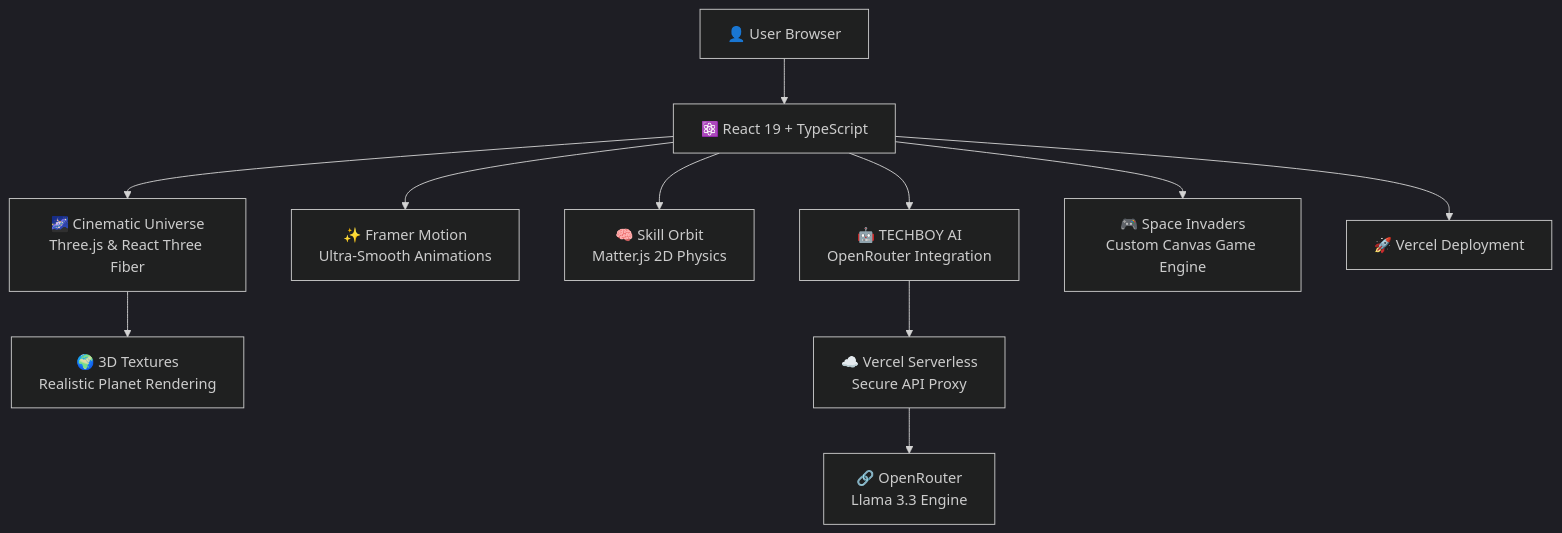
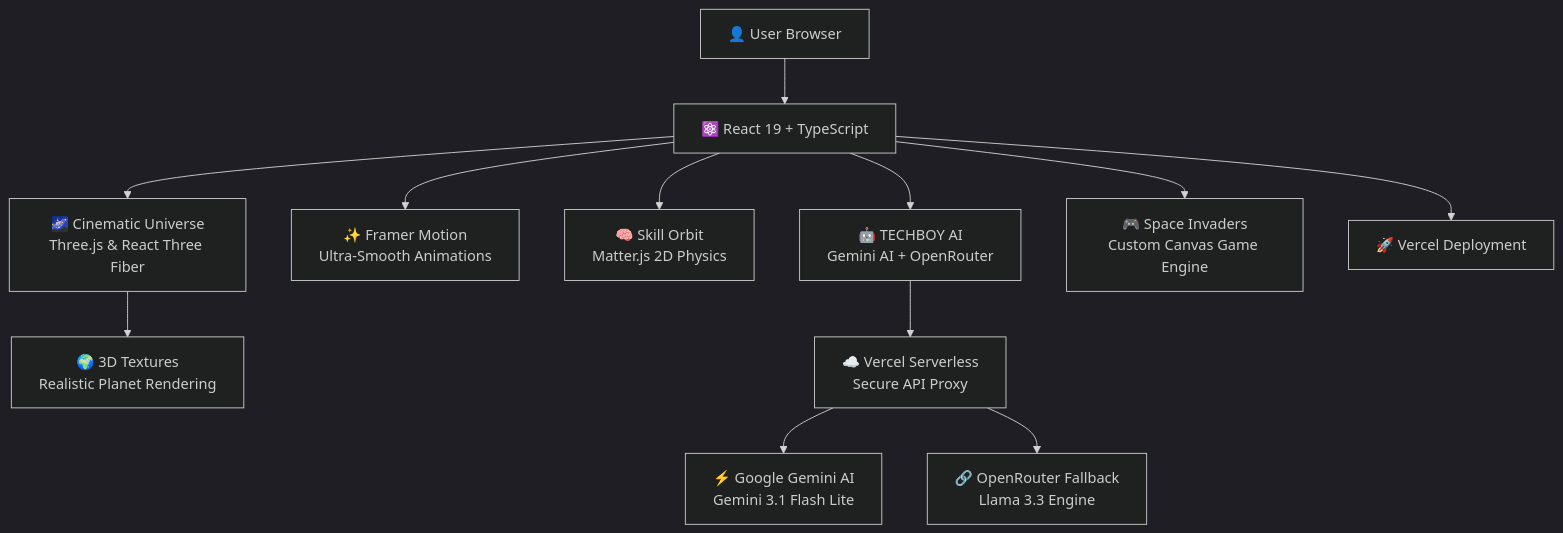
The diagram in README.md (chimataraghuram/PORTFOLIO), drawn with Mermaid (dark theme) before and after one commit. The commit also changed other lines of this file, not shown here.

Commit message:
docs: update README with Gemini AI integration and upgraded arcade engine mechanics

````diff
--- a/README.md
+++ b/README.md
@@ -103,13 +103,14 @@
 ```mermaid
 flowchart TD
     A[👤 User Browser] --> B[⚛️ React 19 + TypeScript]
     B --> C[🌌 Cinematic Universe\nThree.js & React Three Fiber]
     B --> D[✨ Framer Motion\nUltra-Smooth Animations]
     B --> E[🧠 Skill Orbit\nMatter.js 2D Physics]
-    B --> F[🤖 TECHBOY AI\nOpenRouter Integration]
+    B --> F[🤖 TECHBOY AI\nGemini AI + OpenRouter]
     B --> G[🎮 Space Invaders\nCustom Canvas Game Engine]
     C --> H[🌍 3D Textures\nRealistic Planet Rendering]
     F --> I[☁️ Vercel Serverless\nSecure API Proxy]
-    I --> J[🔗 OpenRouter\nLlama 3.3 Engine]
-    B --> K[🚀 Vercel Deployment]
+    I --> J[⚡ Google Gemini AI\nGemini 3.1 Flash Lite]
+    I --> K[🔗 OpenRouter Fallback\nLlama 3.3 Engine]
+    B --> L[🚀 Vercel Deployment]
 ```
````
